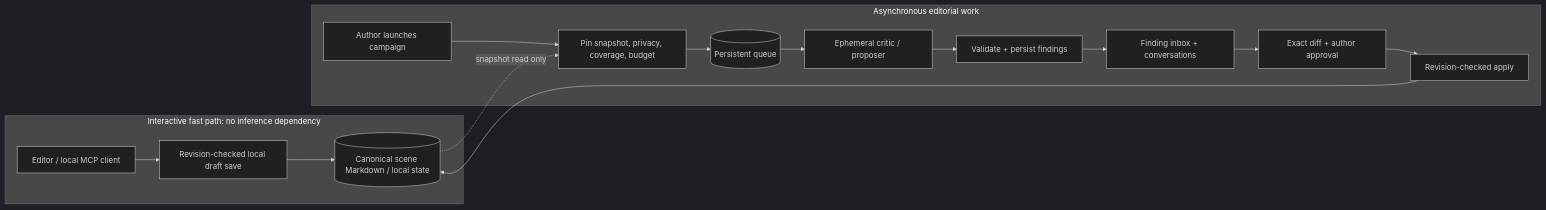
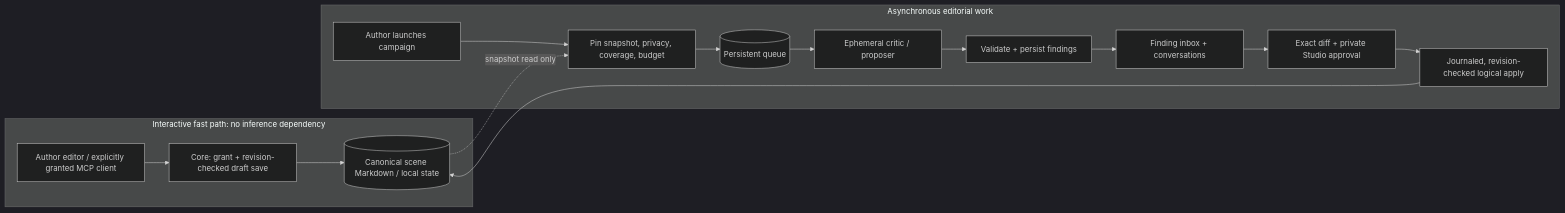
The third of 6 diagrams in docs/architecture/orchestration-v0.2.1.md (Arcadesys/heinlein), drawn with Mermaid (dark theme) before and after one commit. The commit also changed other lines of this file, not shown here.

Commit message:
docs: enforce scoped draft authority, trusted approvals, and journaled recovery

````diff
--- a/docs/architecture/orchestration-v0.2.1.md
+++ b/docs/architecture/orchestration-v0.2.1.md
@@ -214,18 +263,18 @@
 ```mermaid
 flowchart LR
   subgraph FAST["Interactive fast path: no inference dependency"]
-    ED["Editor / local MCP client"] --> SAVE["Revision-checked local draft save"]
+    ED["Author editor / explicitly granted MCP client"] --> SAVE["Core: grant + revision-checked draft save"]
     SAVE --> FILES[("Canonical scene Markdown / local state")]
   end
   subgraph ASYNC["Asynchronous editorial work"]
     ENTRY["Author launches campaign"] --> PLAN["Pin snapshot, privacy, coverage, budget"]
     PLAN --> QUEUE[("Persistent queue")]
     QUEUE --> WORK["Ephemeral critic / proposer"]
     WORK --> RESULTS["Validate + persist findings"]
     RESULTS --> INBOX["Finding inbox + conversations"]
-    INBOX --> DIFF["Exact diff + author approval"]
-    DIFF --> APPLY["Revision-checked apply"]
+    INBOX --> DIFF["Exact diff + private Studio approval"]
+    DIFF --> APPLY["Journaled, revision-checked logical apply"]
     APPLY --> FILES
   end
   FILES -. "snapshot read only" .-> PLAN
 ```
````
